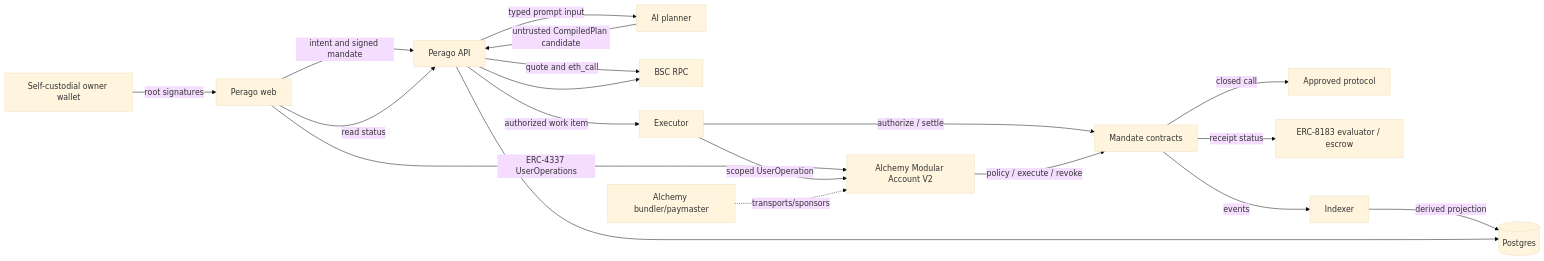
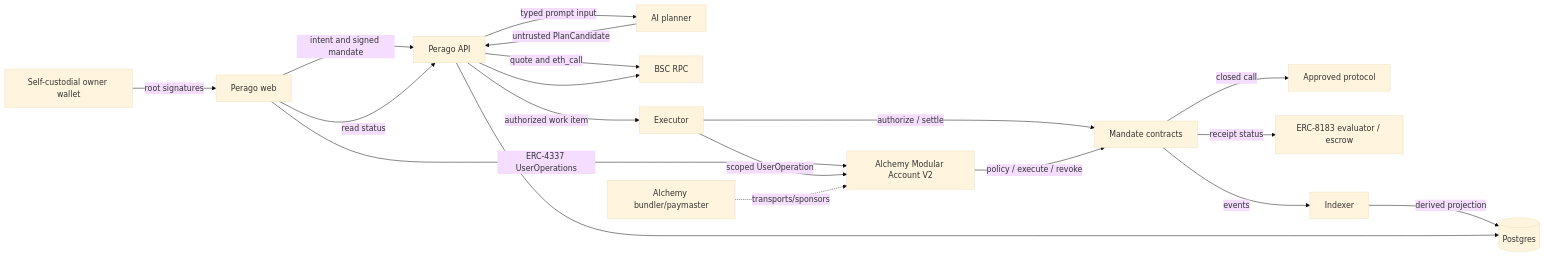
The first of 5 diagrams in docs/technical/ARCHITECTURE.md (Dylansius11/perago), drawn with Mermaid (base theme) before and after one commit. The commit also changed other lines of this file and 9 other files, not shown here.

````diff
--- a/docs/technical/ARCHITECTURE.md
+++ b/docs/technical/ARCHITECTURE.md
@@ -23,21 +23,21 @@
 ```mermaid
 flowchart LR
   O[Self-custodial owner wallet] -->|root signatures| W[Perago web]
   W -->|ERC-4337 UserOperations| SA[Alchemy Modular Account V2]
   W -->|intent and signed mandate| A[Perago API]
   A -->|typed prompt input| M[AI planner]
-  M -->|untrusted CompiledPlan candidate| A
+  M -->|untrusted PlanCandidate| A
   A -->|quote and eth_call| R[BSC RPC]
   A -->|authorized work item| X[Executor]
   X -->|scoped UserOperation| SA
   X -->|authorize / settle| C[Mandate contracts]
   SA -->|policy / execute / revoke| C
   C -->|closed call| P[Approved protocol]
   C -->|receipt status| E[ERC-8183 evaluator / escrow]
   C -->|events| I[Indexer]
   I -->|derived projection| D[(Postgres)]
   A --> D
   A --> R
   W -->|read status| A
   AA[Alchemy bundler/paymaster] -. transports/sponsors .-> SA
 ```
````
